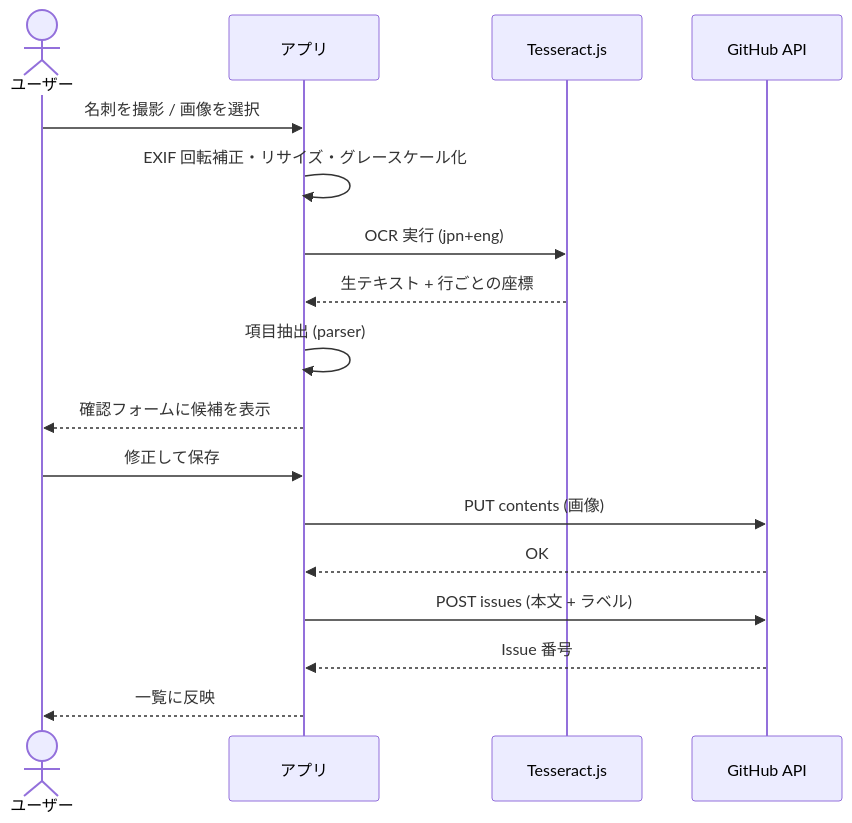
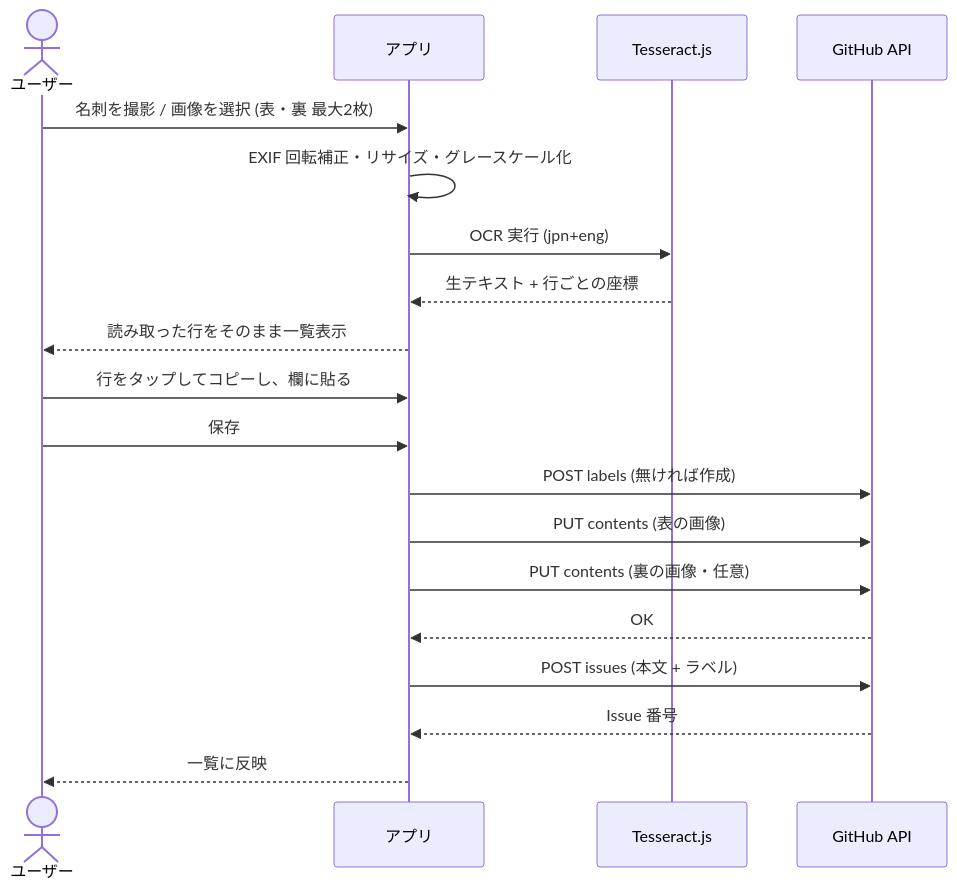
One commit to ry32767/NameCardRecorder changed the second of 2 diagrams in docs/architecture.md. Above: the diagram before and after it, drawn with Mermaid. The commit also changed other lines of this file and 23 other files, not shown here.

````diff
--- a/docs/architecture.md
+++ b/docs/architecture.md
@@ -204,19 +204,21 @@
 ```mermaid
 sequenceDiagram
     actor U as ユーザー
     participant A as アプリ
     participant T as Tesseract.js
     participant G as GitHub API
-    U->>A: 名刺を撮影 / 画像を選択
+    U->>A: 名刺を撮影 / 画像を選択 (表・裏 最大2枚)
     A->>A: EXIF 回転補正・リサイズ・グレースケール化
     A->>T: OCR 実行 (jpn+eng)
     T-->>A: 生テキスト + 行ごとの座標
-    A->>A: 項目抽出 (parser)
-    A-->>U: 確認フォームに候補を表示
-    U->>A: 修正して保存
-    A->>G: PUT contents (画像)
+    A-->>U: 読み取った行をそのまま一覧表示
+    U->>A: 行をタップしてコピーし、欄に貼る
+    U->>A: 保存
+    A->>G: POST labels (無ければ作成)
+    A->>G: PUT contents (表の画像)
+    A->>G: PUT contents (裏の画像・任意)
     G-->>A: OK
     A->>G: POST issues (本文 + ラベル)
     G-->>A: Issue 番号
     A-->>U: 一覧に反映
 ```
````
